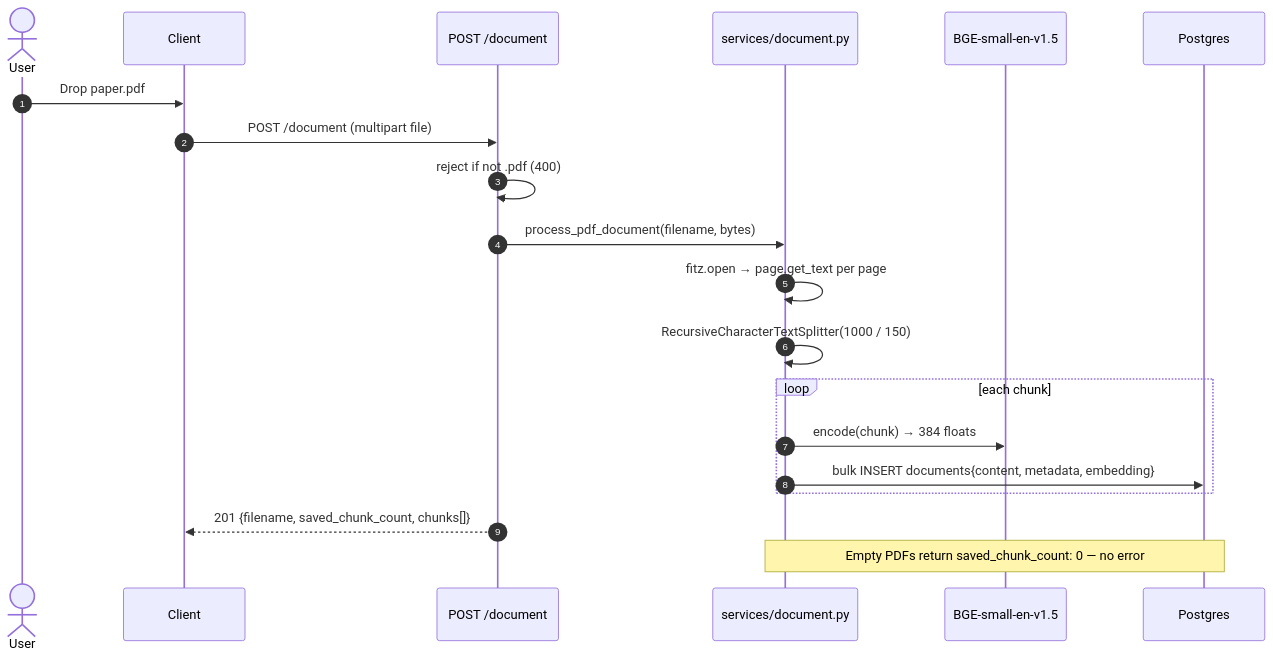
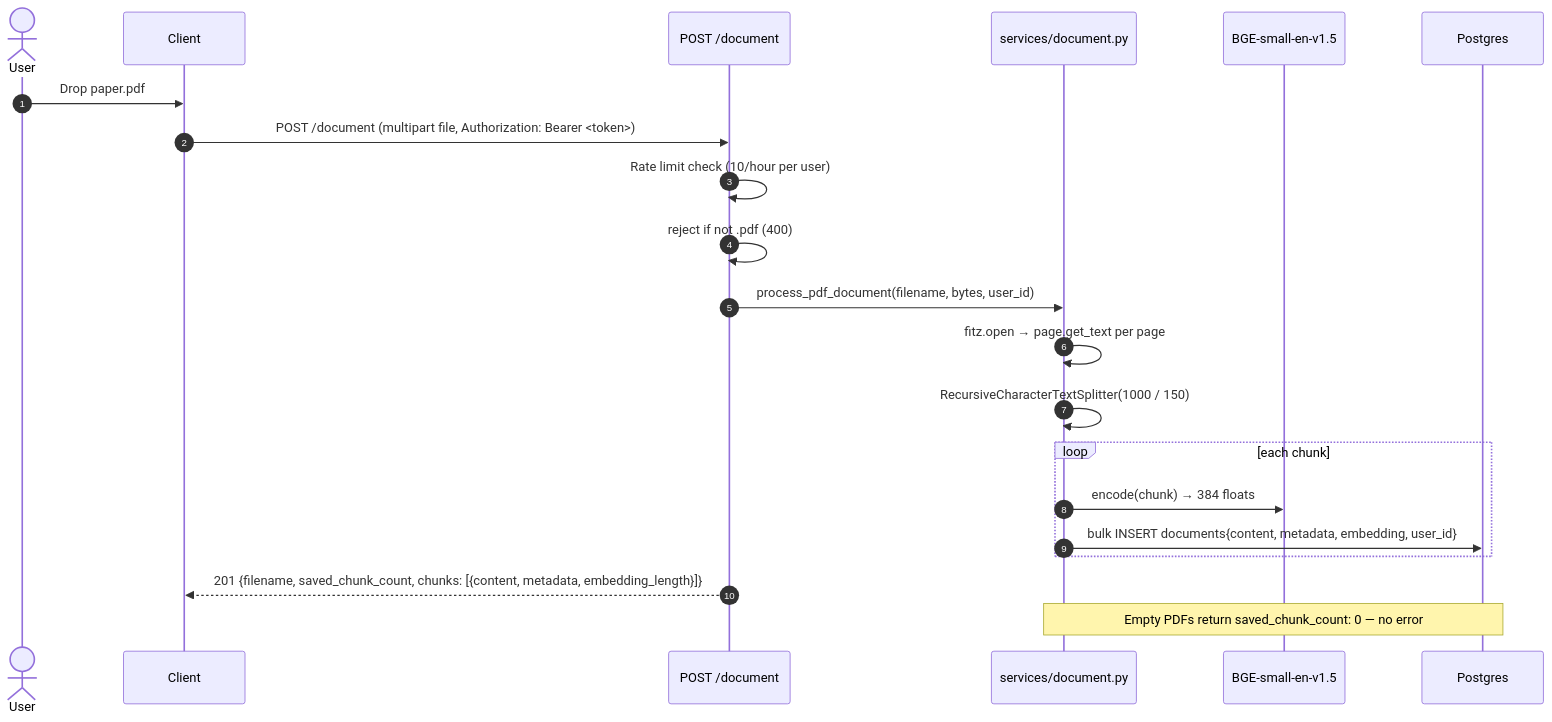
Before and after one commit to Nayab-Sarfaraj/research-copilot-server: the fourth of 4 diagrams in README.md, drawn with Mermaid. The commit also changed other lines of this file, not shown here.

````diff
--- a/README.md
+++ b/README.md
@@ -150,23 +175,24 @@
 ```mermaid
 sequenceDiagram
     autonumber
     actor User
     participant C as Client
     participant A as POST /document
     participant P as services/document.py
     participant E as BGE-small-en-v1.5
     participant DB as Postgres
 
     User->>C: Drop paper.pdf
-    C->>A: POST /document (multipart file)
+    C->>A: POST /document (multipart file, Authorization: Bearer <token>)
+    A->>A: Rate limit check (10/hour per user)
     A->>A: reject if not .pdf (400)
-    A->>P: process_pdf_document(filename, bytes)
+    A->>P: process_pdf_document(filename, bytes, user_id)
     P->>P: fitz.open → page.get_text per page
     P->>P: RecursiveCharacterTextSplitter(1000 / 150)
     loop each chunk
         P->>E: encode(chunk) → 384 floats
-        P->>DB: bulk INSERT documents{content, metadata, embedding}
+        P->>DB: bulk INSERT documents{content, metadata, embedding, user_id}
     end
-    A-->>C: 201 {filename, saved_chunk_count, chunks[]}
+    A-->>C: 201 {filename, saved_chunk_count, chunks: [{content, metadata, embedding_length}]}
     Note over P,DB: Empty PDFs return saved_chunk_count: 0 — no error
 ```
````
